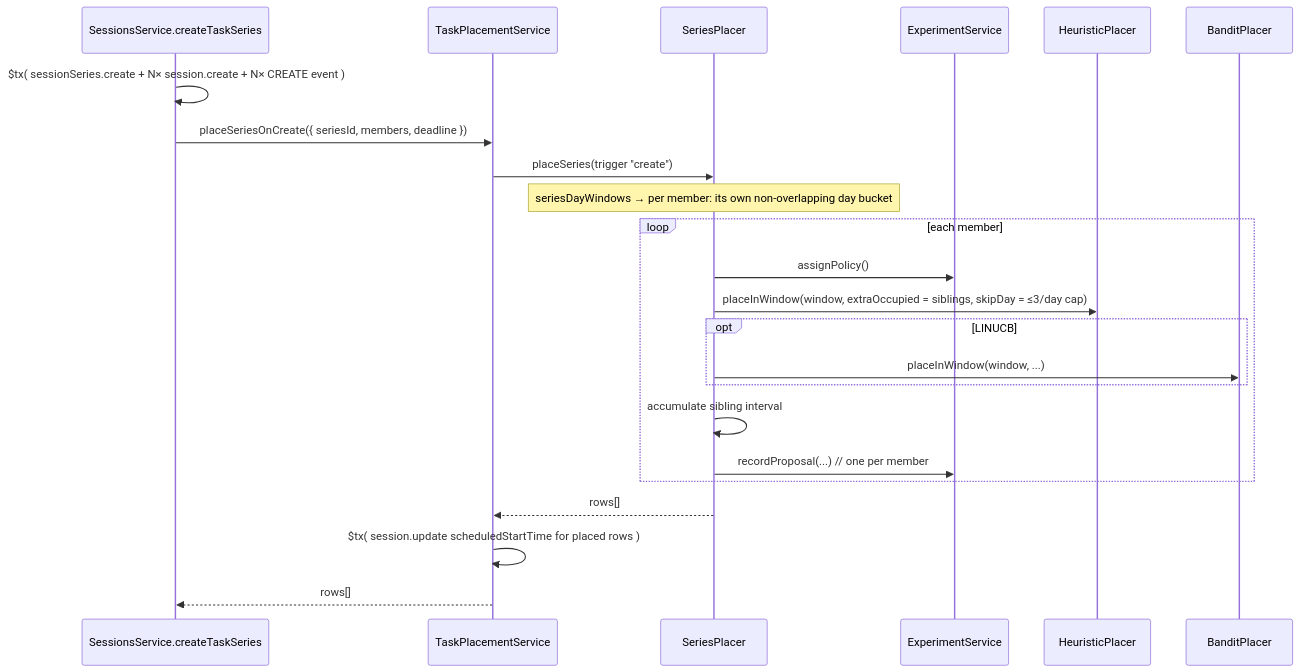
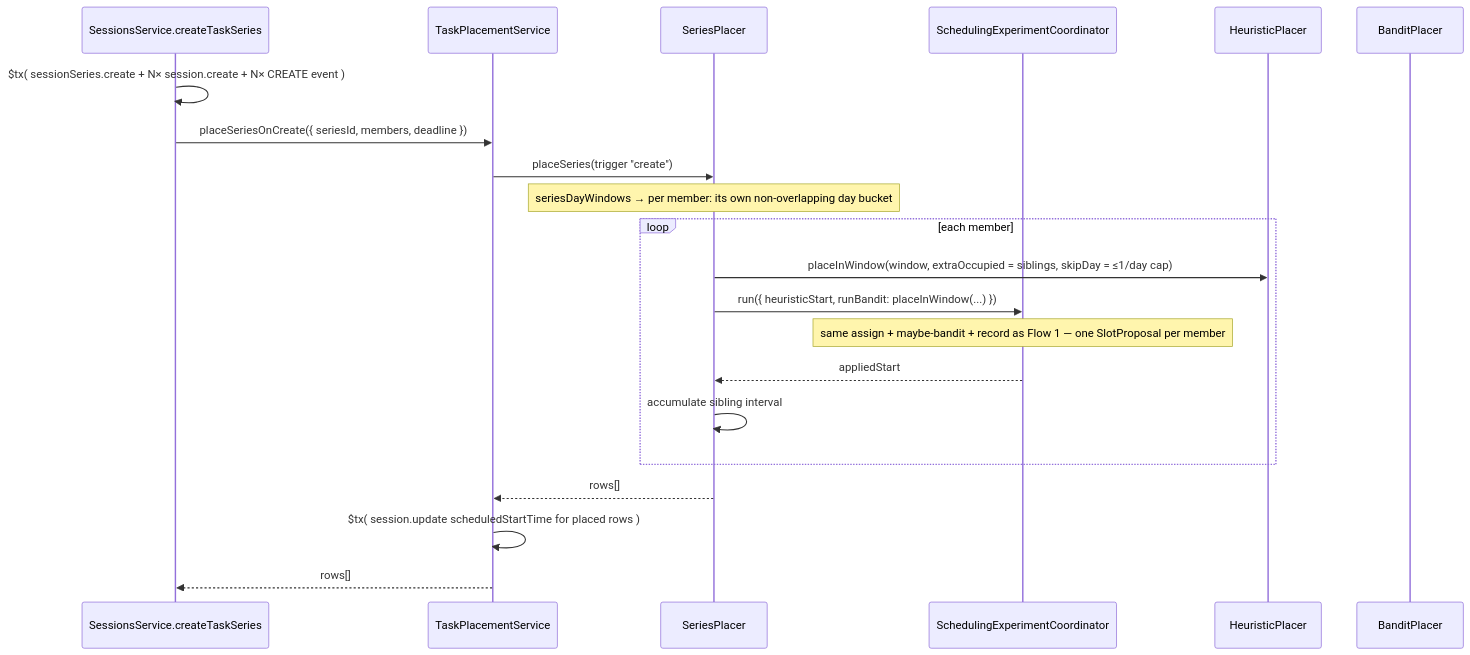
The third of 6 diagrams in backend/README.md (tryzenflow/zenflow), drawn with Mermaid before and after one commit. The commit also changed other lines of this file and 9 other files, not shown here.

````diff
--- a/backend/README.md
+++ b/backend/README.md
@@ -710,25 +747,23 @@
 ```mermaid
 sequenceDiagram
   participant S as SessionsService.createTaskSeries
   participant T as TaskPlacementService
   participant SP as SeriesPlacer
-  participant E as ExperimentService
+  participant X as SchedulingExperimentCoordinator
   participant H as HeuristicPlacer
   participant B as BanditPlacer
   S->>S: $tx( sessionSeries.create + N× session.create + N× CREATE event )
   S->>T: placeSeriesOnCreate({ seriesId, members, deadline })
   T->>SP: placeSeries(trigger "create")
   Note over SP: seriesDayWindows → per member: its own non-overlapping day bucket
   loop each member
-    SP->>E: assignPolicy()
-    SP->>H: placeInWindow(window, extraOccupied = siblings, skipDay = ≤3/day cap)
-    opt LINUCB
-      SP->>B: placeInWindow(window, ...)
-    end
+    SP->>H: placeInWindow(window, extraOccupied = siblings, skipDay = ≤1/day cap)
+    SP->>X: run({ heuristicStart, runBandit: placeInWindow(...) })
+    Note over X: same assign + maybe-bandit + record as Flow 1 — one SlotProposal per member
+    X-->>SP: appliedStart
     SP->>SP: accumulate sibling interval
-    SP->>E: recordProposal(...)   // one per member
   end
   SP-->>T: rows[]
   T->>T: $tx( session.update scheduledStartTime for placed rows )
   T-->>S: rows[]
 ```
````
